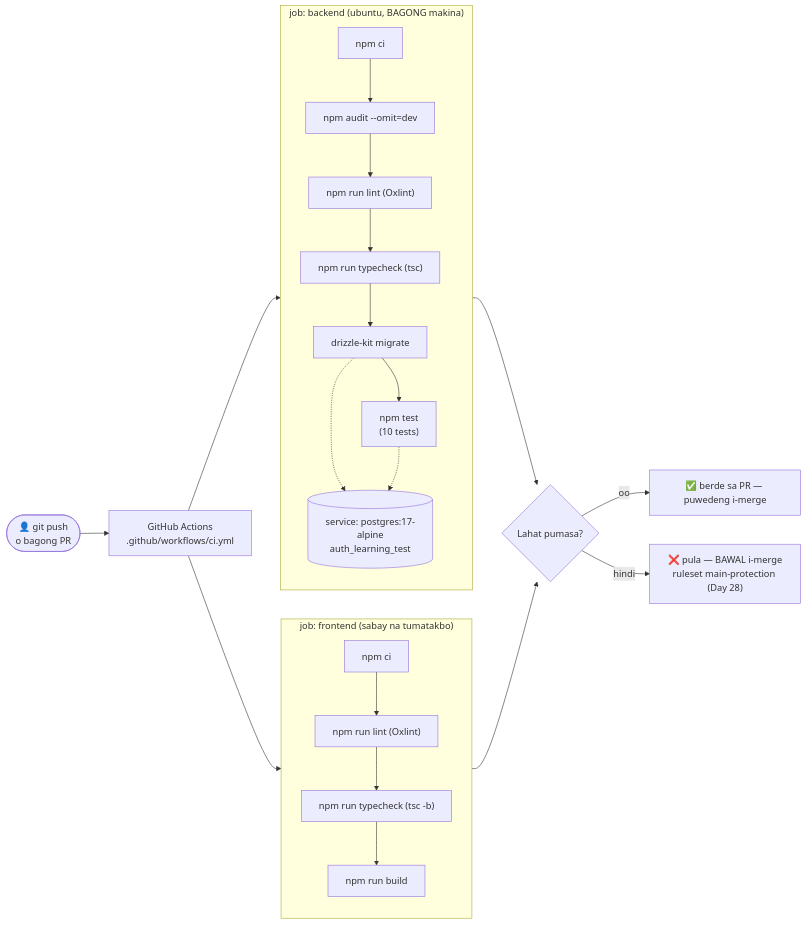
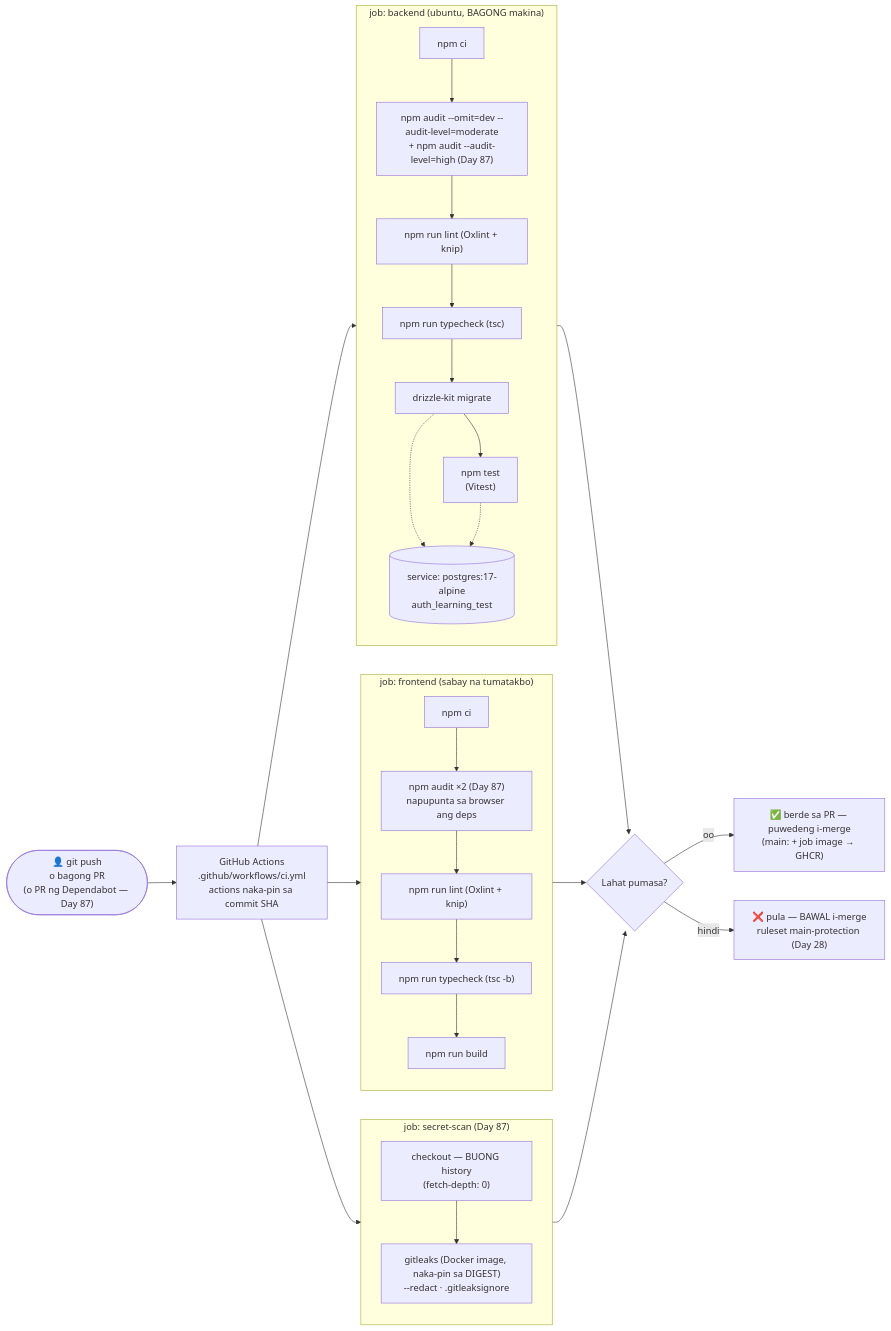
Before and after one commit to nelson1869-ai/auth-learning: the diagram in docs/diagrams/08-ci-pipeline.md, drawn with Mermaid. The commit also changed other lines of this file and 9 other files, not shown here.

First line of the commit message:
docs: Day 87 supply chain — D-029, CI diagram, .http 31, journal

````diff
--- a/docs/diagrams/08-ci-pipeline.md
+++ b/docs/diagrams/08-ci-pipeline.md
@@ -8,21 +9,27 @@
 ```mermaid
 flowchart LR
-    Dev(["👤 git push<br/>o bagong PR"]) --> GH["GitHub Actions<br/>.github/workflows/ci.yml"]
+    Dev(["👤 git push<br/>o bagong PR<br/>(o PR ng Dependabot — Day 87)"]) --> GH["GitHub Actions<br/>.github/workflows/ci.yml<br/>actions naka-pin sa commit SHA"]
     GH --> BE
     GH --> FE
+    GH --> SS
     subgraph BE["job: backend (ubuntu, BAGONG makina)"]
         direction TB
         PG[("service: postgres:17-alpine<br/>auth_learning_test")]
-        B1["npm ci"] --> B2["npm audit --omit=dev"] --> B3["npm run lint (Oxlint)"] --> B3b["npm run typecheck (tsc)"] --> B4["drizzle-kit migrate"] --> B5["npm test<br/>(10 tests)"]
+        B1["npm ci"] --> B2["npm audit --omit=dev --audit-level=moderate<br/>+ npm audit --audit-level=high (Day 87)"] --> B3["npm run lint (Oxlint + knip)"] --> B3b["npm run typecheck (tsc)"] --> B4["drizzle-kit migrate"] --> B5["npm test<br/>(Vitest)"]
         B4 -.-> PG
         B5 -.-> PG
     end
     subgraph FE["job: frontend (sabay na tumatakbo)"]
         direction TB
-        F1["npm ci"] --> F2["npm run lint (Oxlint)"] --> F2b["npm run typecheck (tsc -b)"] --> F3["npm run build"]
+        F1["npm ci"] --> F1b["npm audit ×2 (Day 87)<br/>napupunta sa browser ang deps"] --> F2["npm run lint (Oxlint + knip)"] --> F2b["npm run typecheck (tsc -b)"] --> F3["npm run build"]
+    end
+    subgraph SS["job: secret-scan (Day 87)"]
+        direction TB
+        S1["checkout — BUONG history<br/>(fetch-depth: 0)"] --> S2["gitleaks (Docker image, naka-pin sa DIGEST)<br/>--redact · .gitleaksignore"]
     end
     BE --> R{"Lahat pumasa?"}
     FE --> R
-    R -->|"oo"| OK["✅ berde sa PR — puwedeng i-merge"]
+    SS --> R
+    R -->|"oo"| OK["✅ berde sa PR — puwedeng i-merge<br/>(main: + job image → GHCR)"]
     R -->|"hindi"| NO["❌ pula — BAWAL i-merge<br/>ruleset main-protection (Day 28)"]
 ```
````
